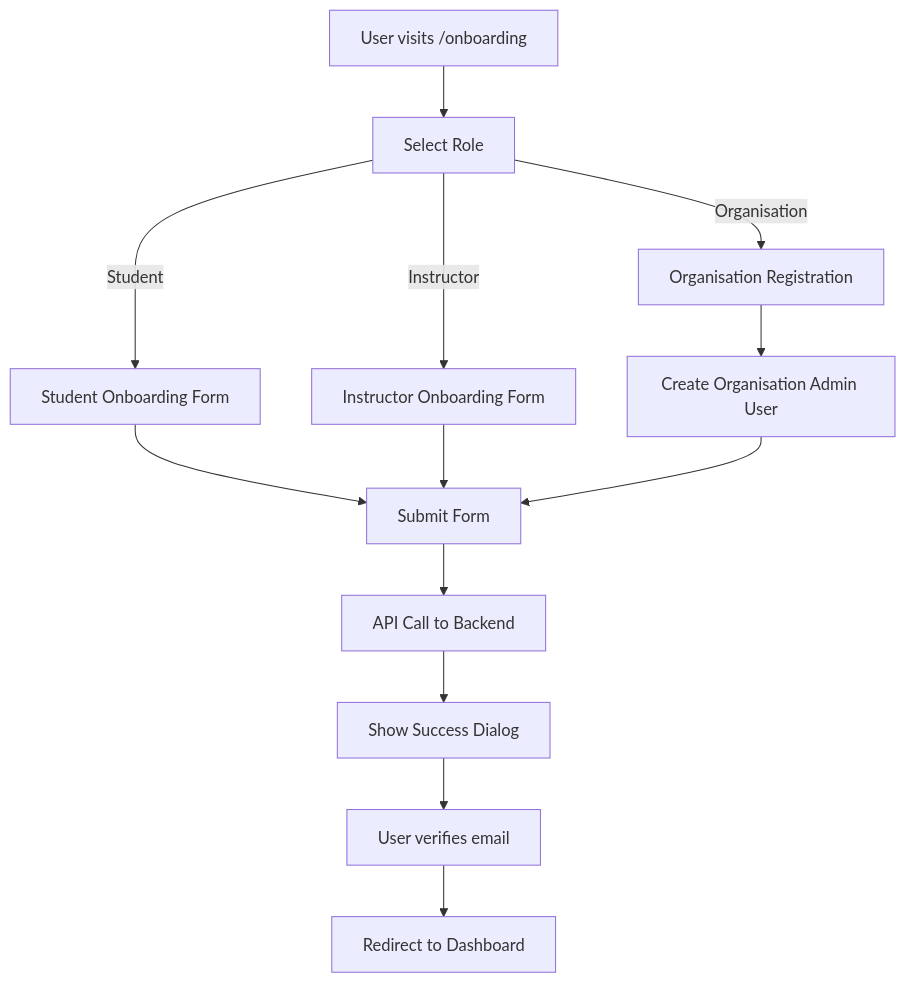
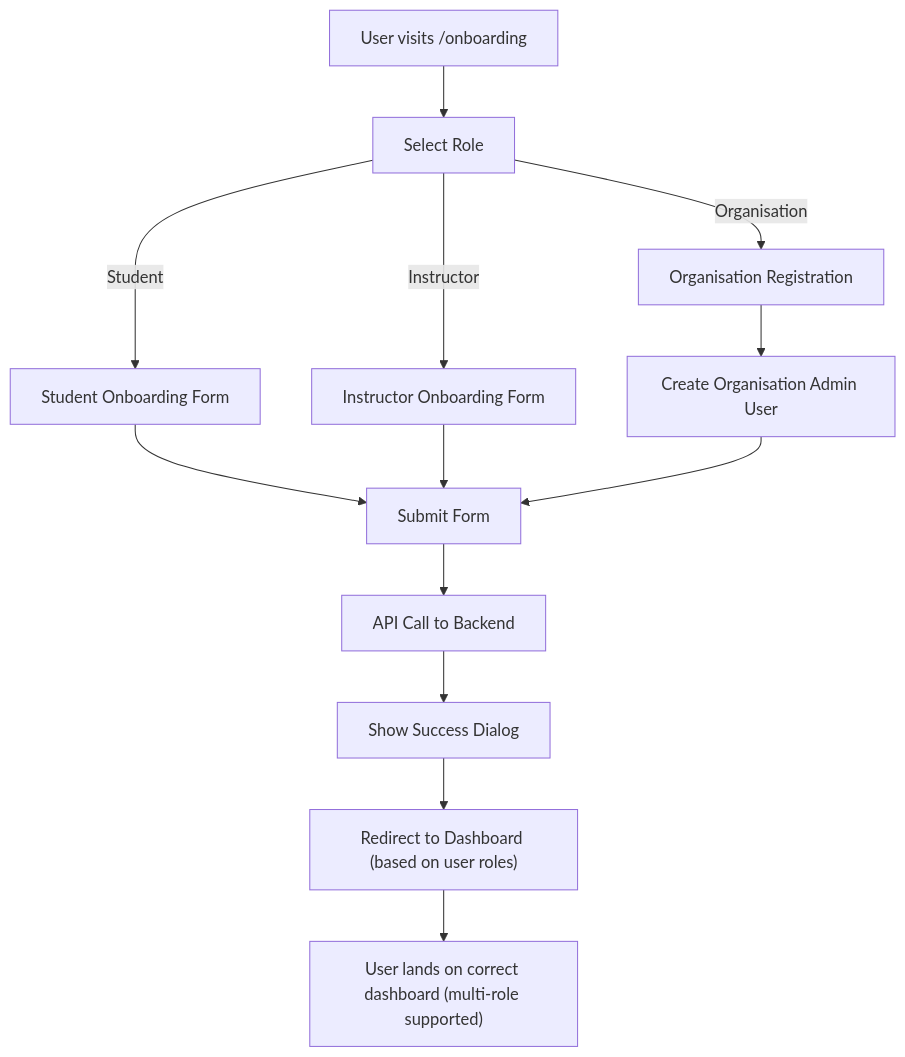
Before and after one commit to sarafrika/elimika-ui: the second of 4 diagrams in ONBOARDING.md, drawn with Mermaid. The commit also changed other lines of this file, not shown here.

````diff
--- a/ONBOARDING.md
+++ b/ONBOARDING.md
@@ -201,15 +204,15 @@
 ```mermaid
 flowchart TB
   Start["User visits /onboarding"] --> RoleSelect["Select Role"]
   RoleSelect -->|Student| StudentForm["Student Onboarding Form"]
   RoleSelect -->|Instructor| InstructorForm["Instructor Onboarding Form"]
   RoleSelect -->|Organisation| OrgForm["Organisation Registration"]
   OrgForm --> OrgAdminForm["Create Organisation Admin User"]
   StudentForm --> Submit["Submit Form"]
   InstructorForm --> Submit
   OrgAdminForm --> Submit
   Submit --> Backend["API Call to Backend"]
   Backend --> Success["Show Success Dialog"]
-  Success --> EmailVerify["User verifies email"]
-  EmailVerify --> Dashboard["Redirect to Dashboard"]
+  Success --> RoleRedirect["Redirect to Dashboard (based on user roles)"]
+  RoleRedirect --> Dashboard["User lands on correct dashboard (multi-role supported)"]
 ```
````
